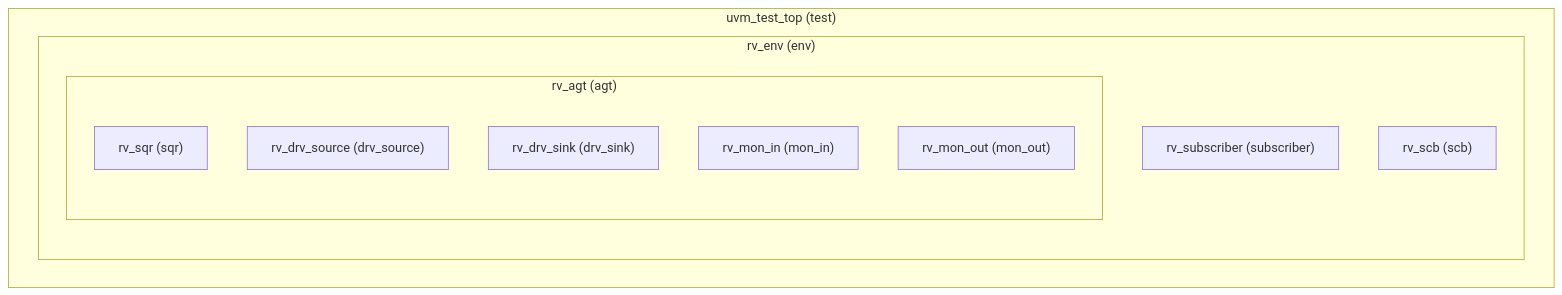
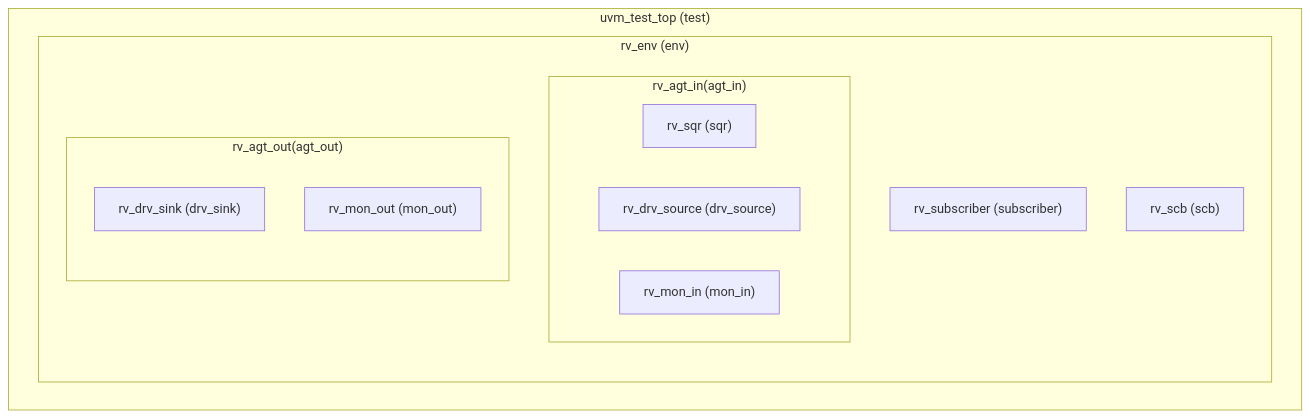
The first of 3 diagrams in RV_FIFO/README.md (a5071250717/UVM_PRATICE), drawn with Mermaid before and after one commit. The commit also changed other lines of this file, not shown here.

````diff
--- a/RV_FIFO/README.md
+++ b/RV_FIFO/README.md
@@ -14,16 +14,18 @@
 ```mermaid
 flowchart TD
   subgraph uvm_test_top["uvm_test_top (test)"]
     subgraph rv_env["rv_env (env)"]
-      subgraph rv_agt["rv_agt (agt)"]
+      subgraph rv_agt_in["rv_agt_in(agt_in)"]
         rv_sqr["rv_sqr (sqr)"]
         rv_drv_source["rv_drv_source (drv_source)"]
+        rv_mon_in["rv_mon_in (mon_in)"]
+      end
+      subgraph rv_agt_out["rv_agt_out(agt_out)"]
         rv_drv_sink["rv_drv_sink (drv_sink)"]
-        rv_mon_in["rv_mon_in (mon_in)"]
         rv_mon_out["rv_mon_out (mon_out)"]
       end
       rv_subscriber["rv_subscriber (subscriber)"]
       rv_scb["rv_scb (scb)"]
     end
   end
 ```
````
